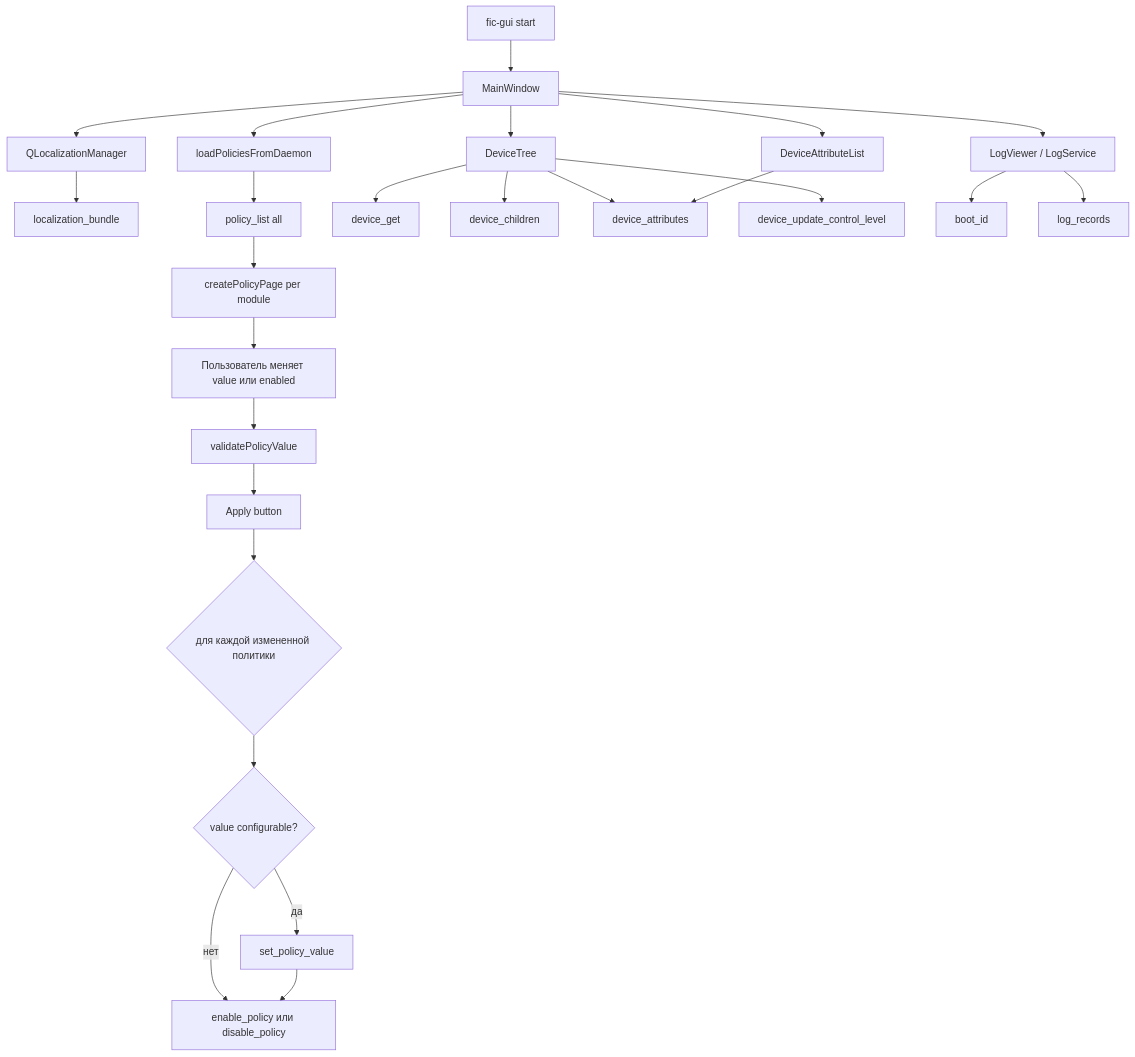
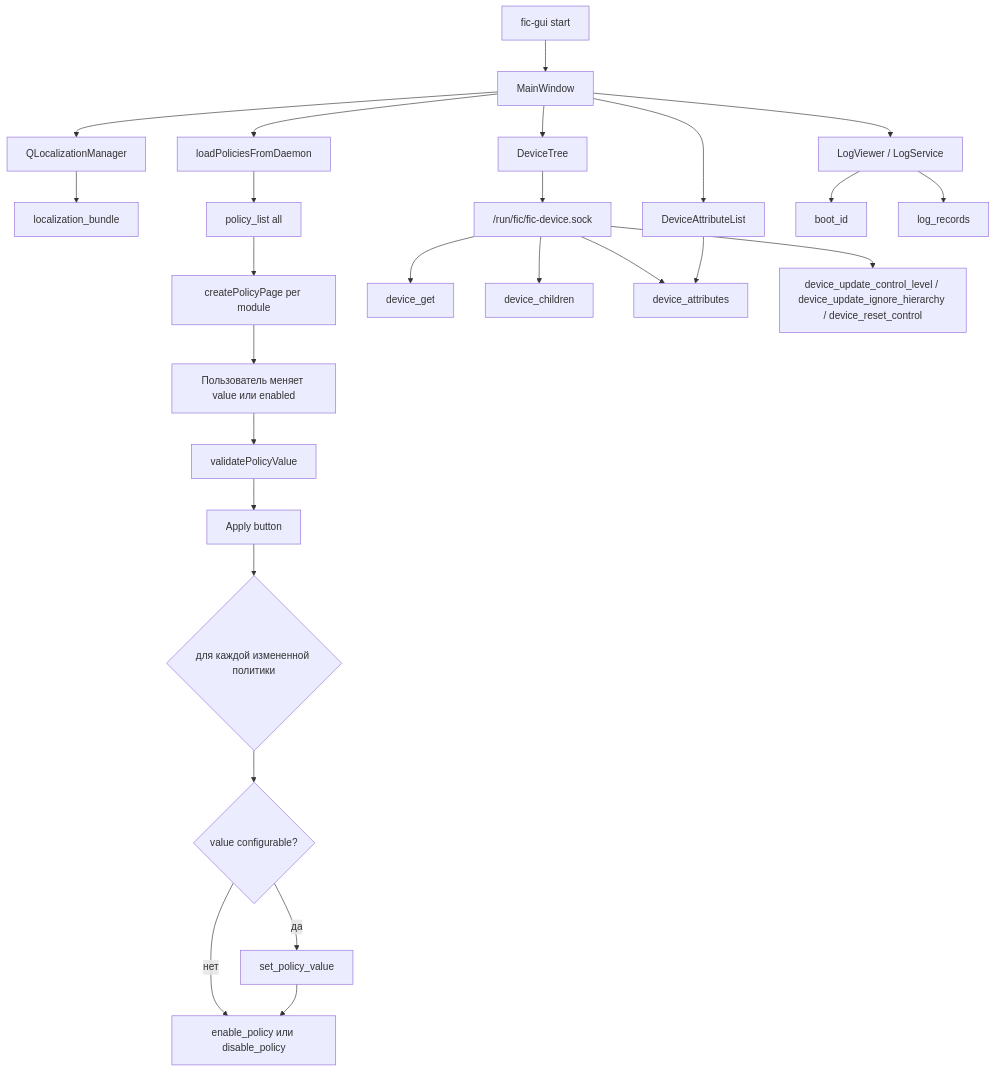
One commit to RevoltStar/FIC changed the ninth of 11 diagrams in docs/architecture-diagrams.md. Above: the diagram before and after it, drawn with Mermaid. The commit also changed other lines of this file and 38 other files, not shown here.

````diff
--- a/docs/architecture-diagrams.md
+++ b/docs/architecture-diagrams.md
@@ -276,32 +303,33 @@
 ```mermaid
 flowchart TD
     start[fic-gui start] --> mainWindow[MainWindow]
     mainWindow --> localization[QLocalizationManager]
     localization --> ipcLoc[localization_bundle]
 
     mainWindow --> policyLoad[loadPoliciesFromDaemon]
     policyLoad --> ipcPolicies[policy_list all]
     ipcPolicies --> policyPages[createPolicyPage per module]
 
     policyPages --> edit[Пользователь меняет value или enabled]
     edit --> validateGui[validatePolicyValue]
     validateGui --> apply[Apply button]
     apply --> setLoop{для каждой измененной политики}
     setLoop --> setIfNeeded{value configurable?}
     setIfNeeded -->|да| setValue[set_policy_value]
     setIfNeeded -->|нет| state
     setValue --> state[enable_policy или disable_policy]
 
     mainWindow --> deviceTree[DeviceTree]
-    deviceTree --> devGet[device_get]
-    deviceTree --> devChildren[device_children]
-    deviceTree --> devAttrs[device_attributes]
-    deviceTree --> devControl[device_update_control_level]
+    deviceTree --> deviceSock["/run/fic/fic-device.sock"]
+    deviceSock --> devGet[device_get]
+    deviceSock --> devChildren[device_children]
+    deviceSock --> devAttrs[device_attributes]
+    deviceSock --> devControl[device_update_control_level / device_update_ignore_hierarchy / device_reset_control]
 
     mainWindow --> attrList[DeviceAttributeList]
     attrList --> devAttrs
 
     mainWindow --> logViewer[LogViewer / LogService]
     logViewer --> boot[boot_id]
     logViewer --> records[log_records]
 ```
````
